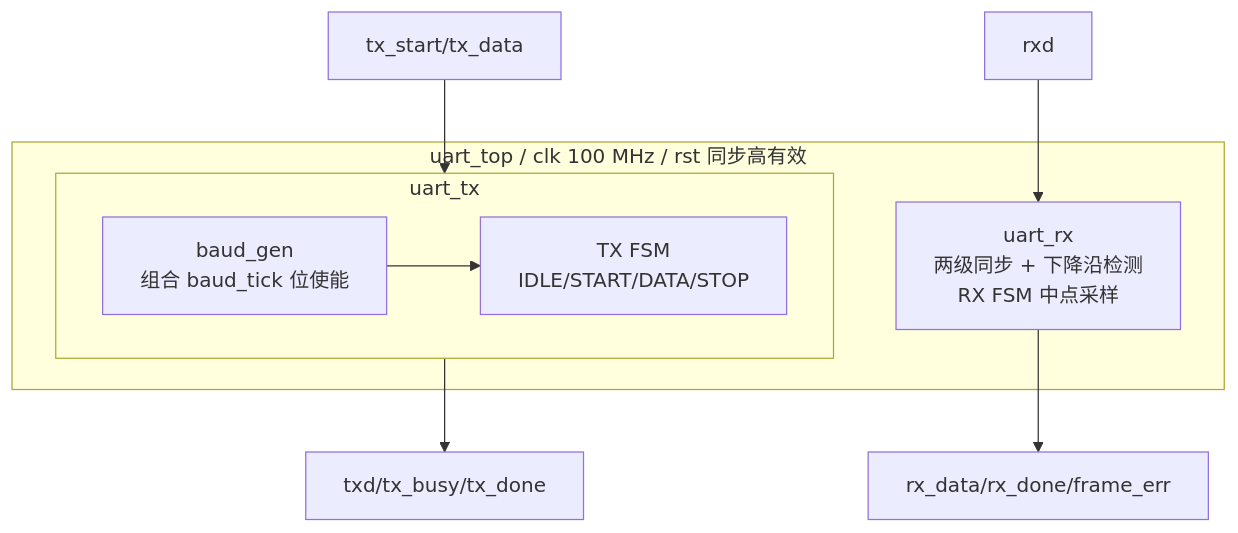
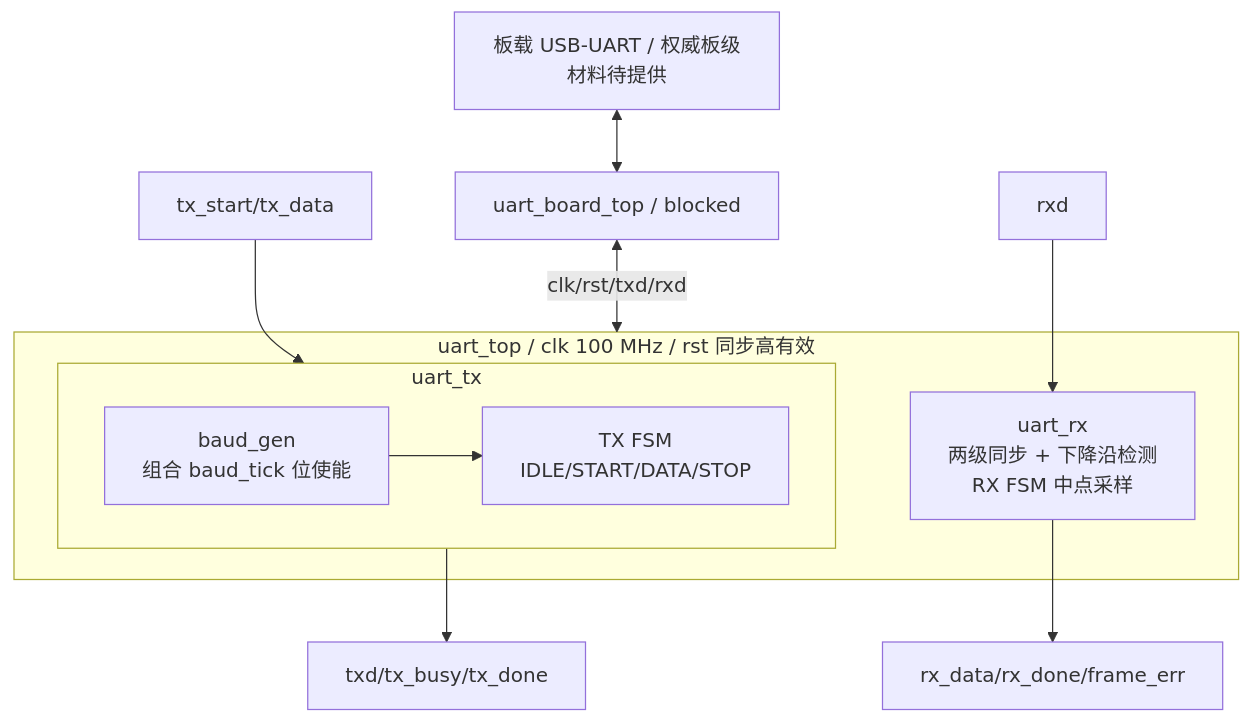
One commit to whosl/Synthia changed the diagram in golden/uart/docs/03-可编程逻辑器件软件设计说明.md. Above: the diagram before and after it, drawn with Mermaid. The commit also changed other lines of this file and 93 other files, not shown here.

````diff
--- a/golden/uart/docs/03-可编程逻辑器件软件设计说明.md
+++ b/golden/uart/docs/03-可编程逻辑器件软件设计说明.md
@@ -62,15 +63,17 @@
 ```mermaid
 flowchart TB
   subgraph TOP[uart_top / clk 100 MHz / rst 同步高有效]
     subgraph TX[uart_tx]
       BG[baud_gen<br/>组合 baud_tick 位使能]
       TXFSM[TX FSM<br/>IDLE/START/DATA/STOP]
       BG --> TXFSM
     end
     RX[uart_rx<br/>两级同步 + 下降沿检测<br/>RX FSM 中点采样]
   end
   IN[tx_start/tx_data] --> TX
   TX --> OUT[txd/tx_busy/tx_done]
   RXIN[rxd] --> RX
   RX --> RXOUT[rx_data/rx_done/frame_err]
+  WRAP[uart_board_top / blocked] <-->|clk/rst/txd/rxd| TOP
+  BOARD[板载 USB-UART / 权威板级材料待提供] <--> WRAP
 ```
````
